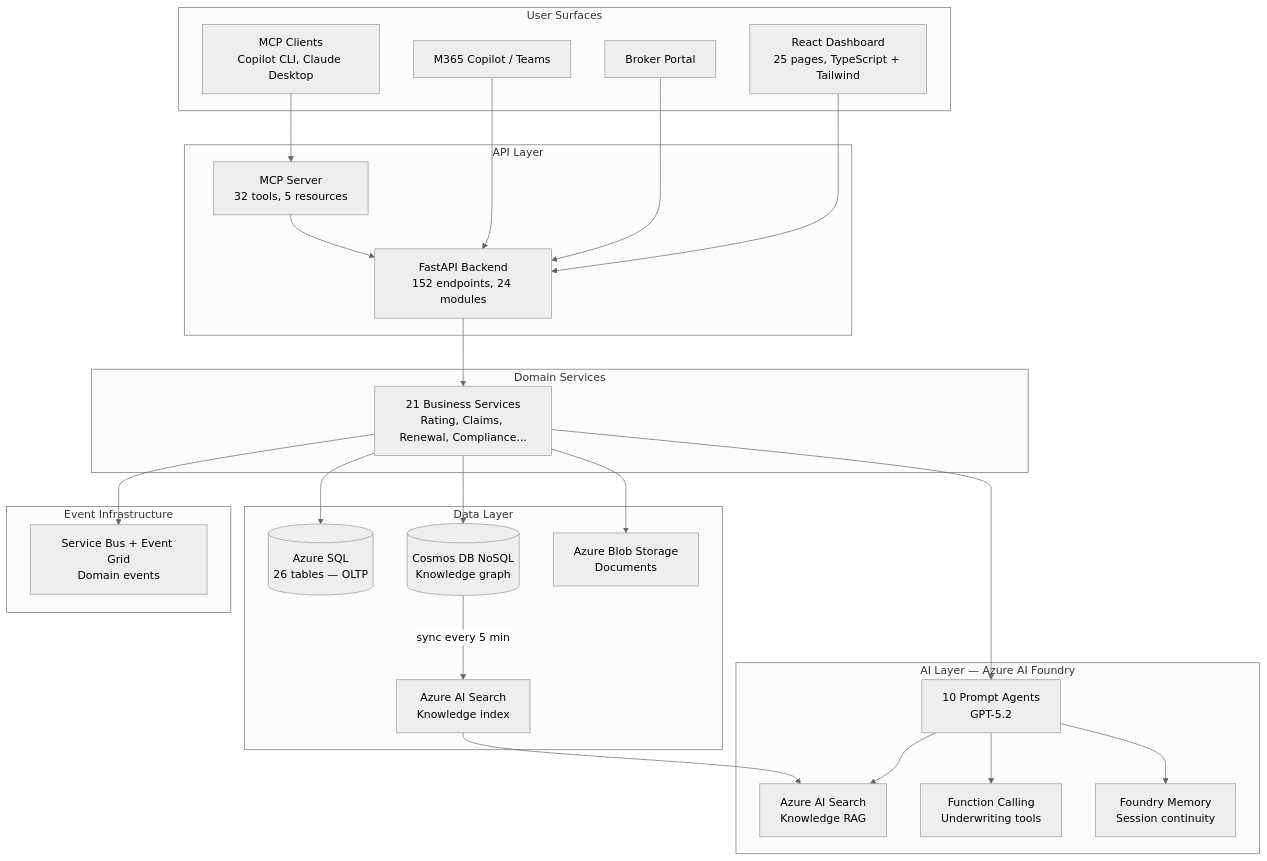
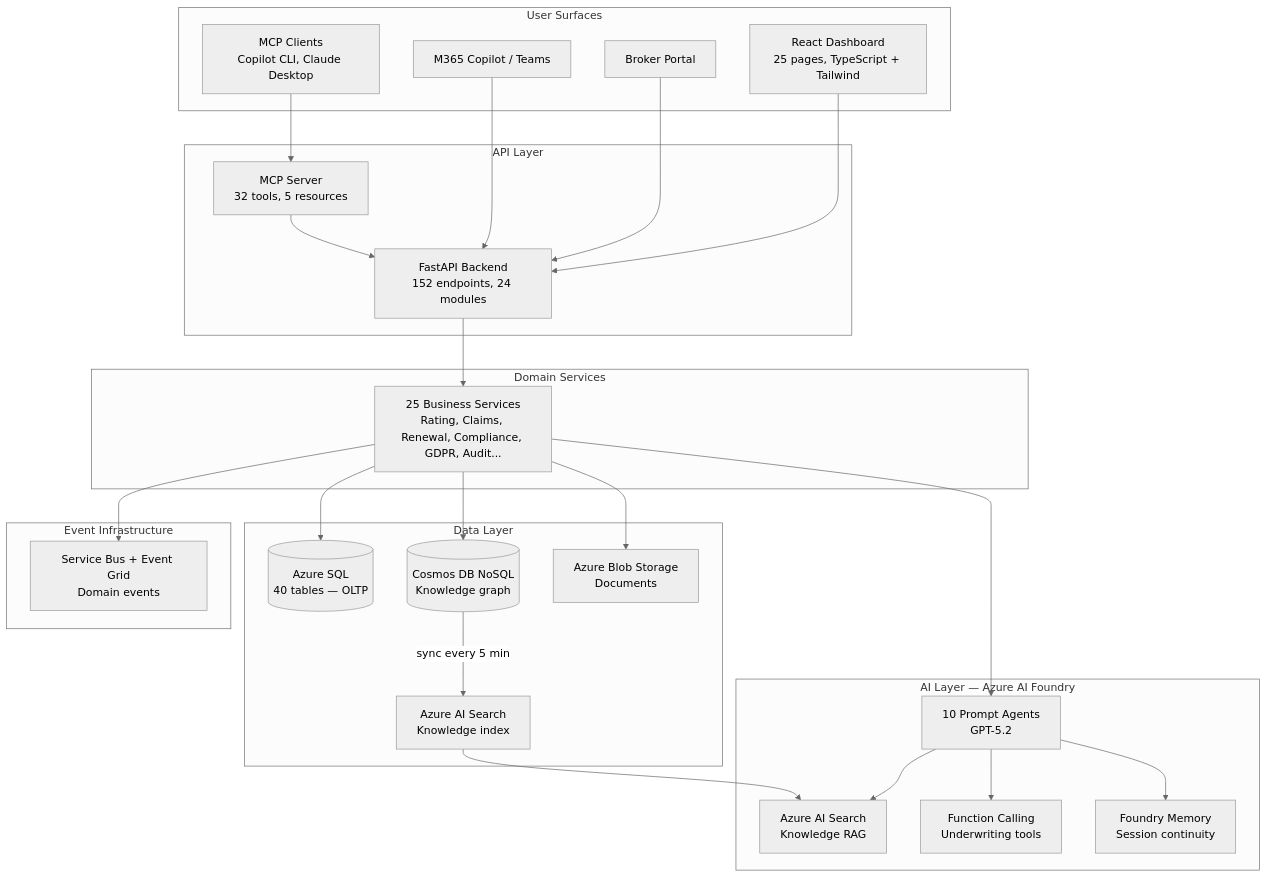
The first of 14 diagrams in docs/TECHNICAL_OVERVIEW.md (urosstojkic/openinsure), drawn with Mermaid (neutral theme) before and after one commit. The commit also changed other lines of this file and 5 other files, not shown here.

````diff
--- a/docs/TECHNICAL_OVERVIEW.md
+++ b/docs/TECHNICAL_OVERVIEW.md
@@ -43,47 +43,47 @@
 ```mermaid
 graph TB
     subgraph "User Surfaces"
         A[React Dashboard<br/>25 pages, TypeScript + Tailwind]
         B[Broker Portal]
         C[M365 Copilot / Teams]
         D[MCP Clients<br/>Copilot CLI, Claude Desktop]
     end
 
     subgraph "API Layer"
         E[FastAPI Backend<br/>152 endpoints, 24 modules]
         F[MCP Server<br/>32 tools, 5 resources]
     end
 
     subgraph "AI Layer — Azure AI Foundry"
         G[10 Prompt Agents<br/>GPT-5.2]
         H[Azure AI Search<br/>Knowledge RAG]
         I[Function Calling<br/>Underwriting tools]
         J[Foundry Memory<br/>Session continuity]
     end
 
     subgraph "Domain Services"
-        K[21 Business Services<br/>Rating, Claims, Renewal, Compliance...]
+        K[25 Business Services<br/>Rating, Claims, Renewal, Compliance, GDPR, Audit...]
     end
 
     subgraph "Data Layer"
-        L[(Azure SQL<br/>26 tables — OLTP)]
+        L[(Azure SQL<br/>40 tables — OLTP)]
         M[(Cosmos DB NoSQL<br/>Knowledge graph)]
         N[Azure Blob Storage<br/>Documents]
         O[Azure AI Search<br/>Knowledge index]
     end
 
     subgraph "Event Infrastructure"
         P[Service Bus + Event Grid<br/>Domain events]
     end
 
     A & B & C --> E
     D --> F
     F --> E
     E --> K
     K --> G
     G --> H & I & J
     K --> L & M & N
     M -->|sync every 5 min| O
     O --> H
     K --> P
 ```
````
